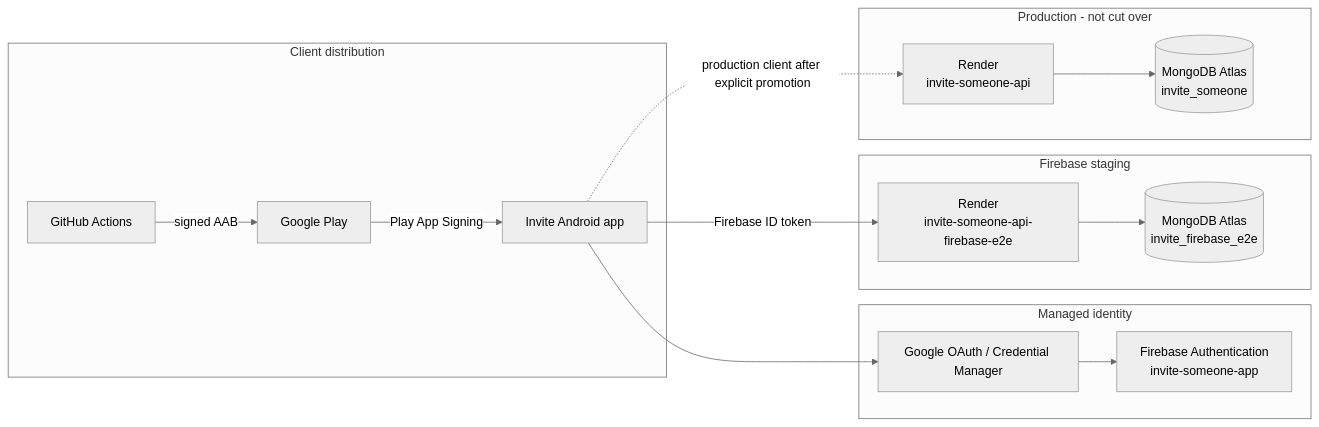
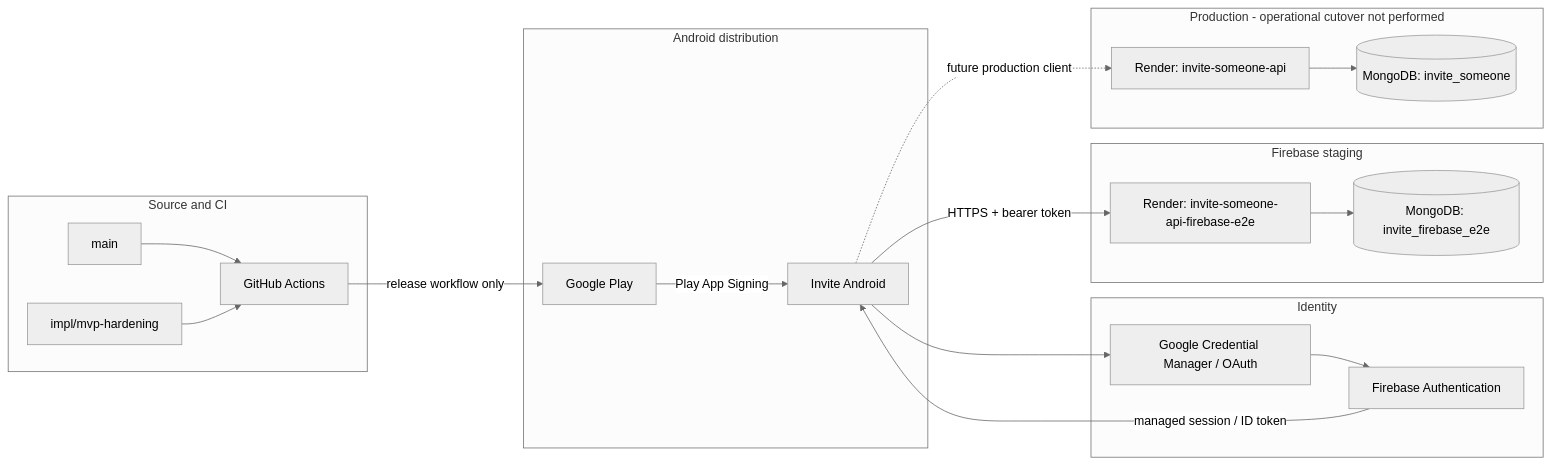
One commit to charifmahmoudi/Invite-someone-app changed the diagram in docs/DEPLOYMENT_ARCHITECTURE.md. Above: the diagram before and after it, drawn with Mermaid (neutral theme). The commit also changed other lines of this file, not shown here.

Commit message:
docs: update deployment architecture for main and MVP hardening

````diff
--- a/docs/DEPLOYMENT_ARCHITECTURE.md
+++ b/docs/DEPLOYMENT_ARCHITECTURE.md
@@ -11,32 +11,40 @@
 ```mermaid
 flowchart LR
-  subgraph Client[Client distribution]
+  subgraph Source[Source and CI]
+    Main[main]
+    Hardening[impl/mvp-hardening]
     GH[GitHub Actions]
-    Play[Google Play]
-    App[Invite Android app]
   end
 
-  subgraph Identity[Managed identity]
-    Firebase[Firebase Authentication\ninvite-someone-app]
-    Google[Google OAuth / Credential Manager]
+  subgraph Distribution[Android distribution]
+    Play[Google Play]
+    App[Invite Android]
+  end
+
+  subgraph Identity[Identity]
+    Google[Google Credential Manager / OAuth]
+    Firebase[Firebase Authentication]
   end
 
   subgraph Staging[Firebase staging]
-    StagingAPI[Render\ninvite-someone-api-firebase-e2e]
-    StagingDB[(MongoDB Atlas\ninvite_firebase_e2e)]
+    StageAPI[Render: invite-someone-api-firebase-e2e]
+    StageDB[(MongoDB: invite_firebase_e2e)]
   end
 
-  subgraph Production[Production - not cut over]
-    ProdAPI[Render\ninvite-someone-api]
-    ProdDB[(MongoDB Atlas\ninvite_someone)]
+  subgraph Production[Production - operational cutover not performed]
+    ProdAPI[Render: invite-someone-api]
+    ProdDB[(MongoDB: invite_someone)]
   end
 
-  GH -->|signed AAB| Play
+  Main --> GH
+  Hardening --> GH
+  GH -->|release workflow only| Play
   Play -->|Play App Signing| App
   App --> Google
   Google --> Firebase
-  App -->|Firebase ID token| StagingAPI
-  StagingAPI --> StagingDB
-  App -. production client after explicit promotion .-> ProdAPI
+  Firebase -->|managed session / ID token| App
+  App -->|HTTPS + bearer token| StageAPI
+  StageAPI --> StageDB
+  App -. future production client .-> ProdAPI
   ProdAPI --> ProdDB
 ```
````
